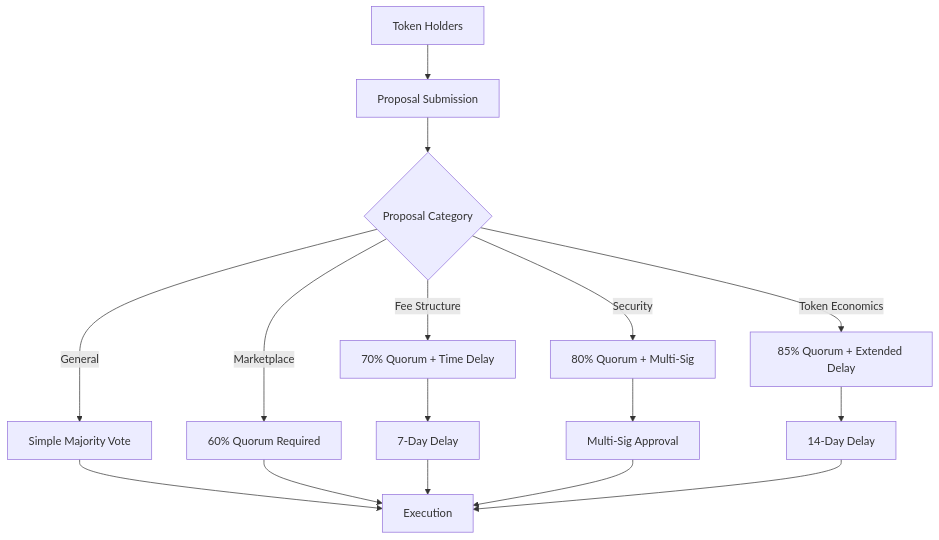
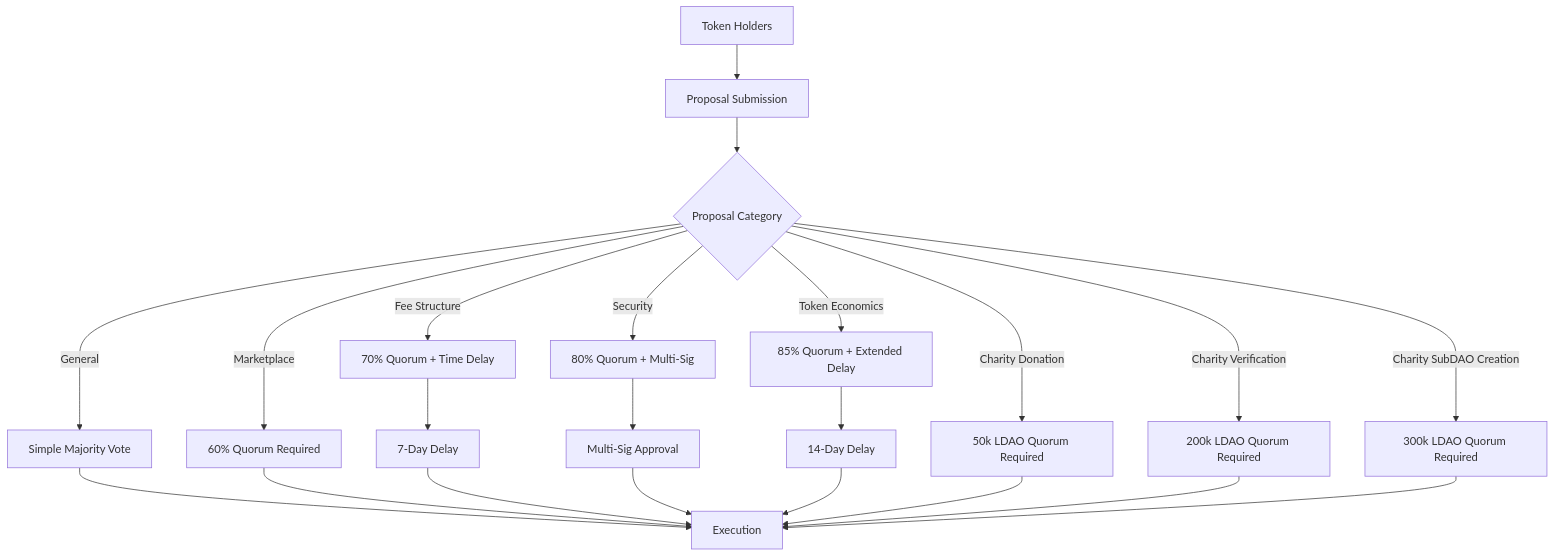
The second of 2 diagrams in docs/TECHNICAL_WHITEPAPER.md (magickw/linkDAO), drawn with Mermaid before and after one commit. The commit also changed other lines of this file and 25 other files, not shown here.

````diff
--- a/docs/TECHNICAL_WHITEPAPER.md
+++ b/docs/TECHNICAL_WHITEPAPER.md
@@ -1103,17 +1325,23 @@
 ```mermaid
 graph TD
     A[Token Holders] --> B[Proposal Submission]
     B --> C{Proposal Category}
     
     C -->|General| D[Simple Majority Vote]
     C -->|Marketplace| E[60% Quorum Required]
     C -->|Fee Structure| F[70% Quorum + Time Delay]
     C -->|Security| G[80% Quorum + Multi-Sig]
     C -->|Token Economics| H[85% Quorum + Extended Delay]
+    C -->|Charity Donation| I[50k LDAO Quorum Required]
+    C -->|Charity Verification| J[200k LDAO Quorum Required]
+    C -->|Charity SubDAO Creation| K[300k LDAO Quorum Required]
     
-    D --> I[Execution]
-    E --> I
-    F --> J[7-Day Delay] --> I
-    G --> K[Multi-Sig Approval] --> I
-    H --> L[14-Day Delay] --> I
+    D --> L[Execution]
+    E --> L
+    F --> M[7-Day Delay] --> L
+    G --> N[Multi-Sig Approval] --> L
+    H --> O[14-Day Delay] --> L
+    I --> L
+    J --> L
+    K --> L
 ```
````
